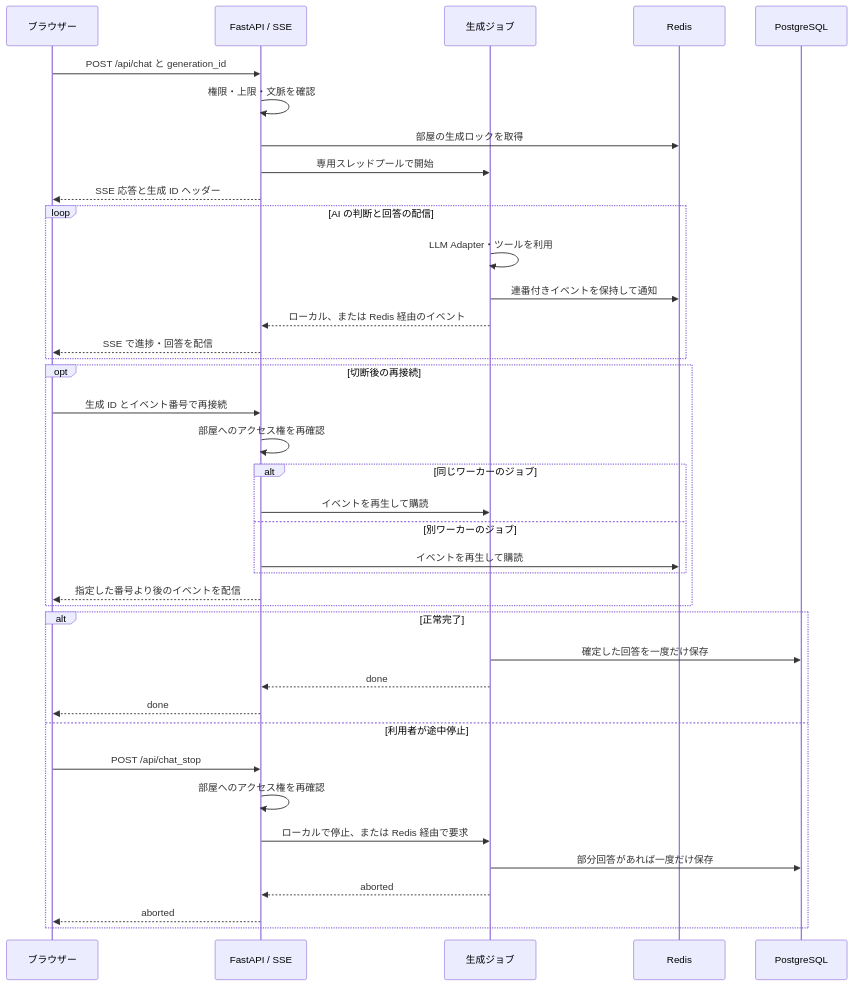
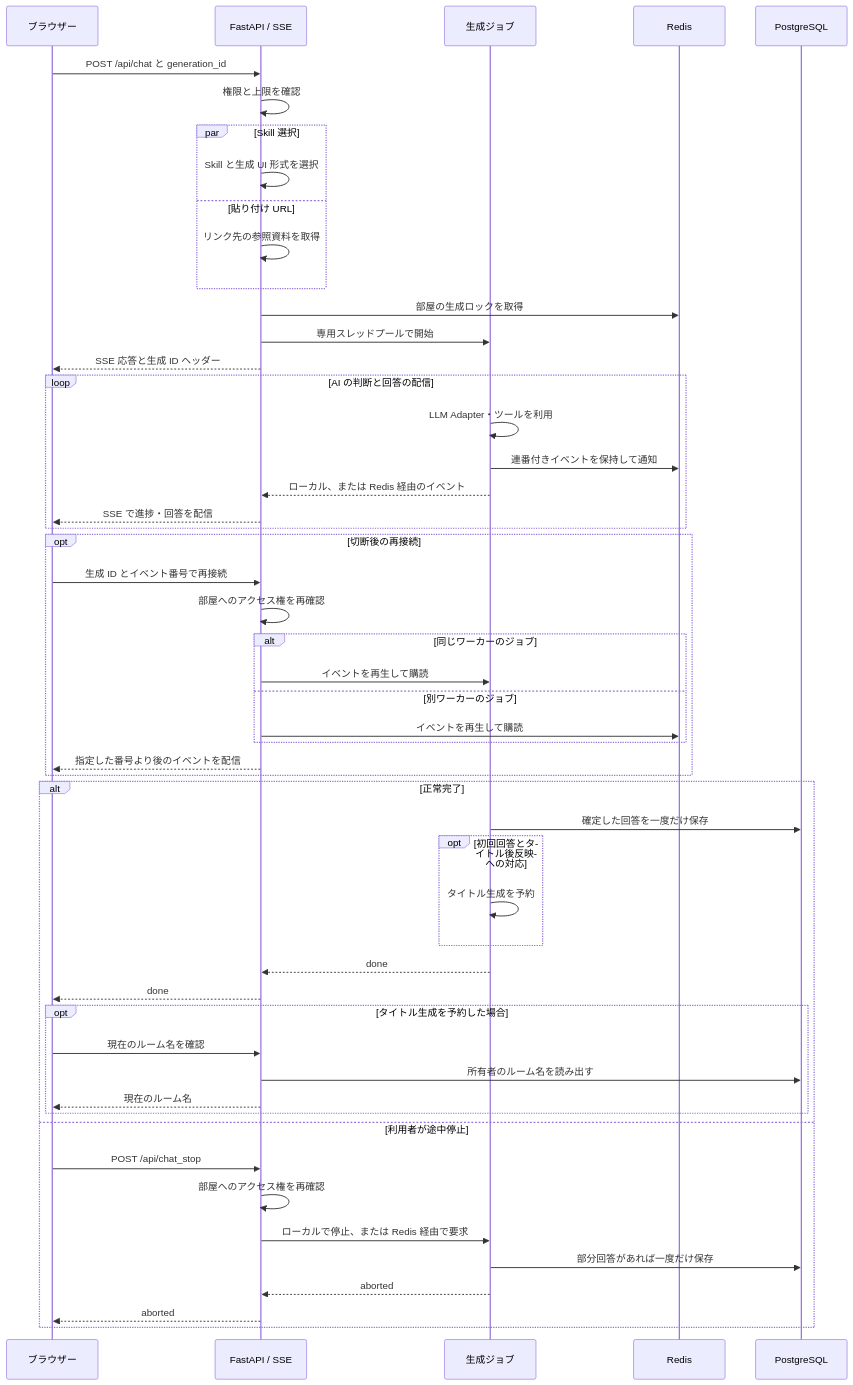
One commit to kota-kawa/ChatCore-AI changed the seventh of 8 diagrams in README.md. Above: the diagram before and after it, drawn with Mermaid. The commit also changed other lines of this file and 36 other files, not shown here.

````diff
--- a/README.md
+++ b/README.md
@@ -387,42 +400,55 @@
 ```mermaid
 sequenceDiagram
     participant Browser as ブラウザー
     participant API as FastAPI / SSE
     participant Job as 生成ジョブ
     participant Redis
     participant DB as PostgreSQL
 
     Browser->>API: POST /api/chat と generation_id
-    API->>API: 権限・上限・文脈を確認
+    API->>API: 権限と上限を確認
+    par Skill 選択
+        API->>API: Skill と生成 UI 形式を選択
+    and 貼り付け URL
+        API->>API: リンク先の参照資料を取得
+    end
     API->>Redis: 部屋の生成ロックを取得
     API->>Job: 専用スレッドプールで開始
     API-->>Browser: SSE 応答と生成 ID ヘッダー
     loop AI の判断と回答の配信
         Job->>Job: LLM Adapter・ツールを利用
         Job->>Redis: 連番付きイベントを保持して通知
         Job-->>API: ローカル、または Redis 経由のイベント
         API-->>Browser: SSE で進捗・回答を配信
     end
     opt 切断後の再接続
         Browser->>API: 生成 ID とイベント番号で再接続
         API->>API: 部屋へのアクセス権を再確認
         alt 同じワーカーのジョブ
             API->>Job: イベントを再生して購読
         else 別ワーカーのジョブ
             API->>Redis: イベントを再生して購読
         end
         API-->>Browser: 指定した番号より後のイベントを配信
     end
     alt 正常完了
         Job->>DB: 確定した回答を一度だけ保存
+        opt 初回回答とタイトル後反映への対応
+            Job->>Job: タイトル生成を予約
+        end
         Job-->>API: done
         API-->>Browser: done
+        opt タイトル生成を予約した場合
+            Browser->>API: 現在のルーム名を確認
+            API->>DB: 所有者のルーム名を読み出す
+            API-->>Browser: 現在のルーム名
+        end
     else 利用者が途中停止
         Browser->>API: POST /api/chat_stop
         API->>API: 部屋へのアクセス権を再確認
         API->>Job: ローカルで停止、または Redis 経由で要求
         Job->>DB: 部分回答があれば一度だけ保存
         Job-->>API: aborted
         API-->>Browser: aborted
     end
 ```
````
